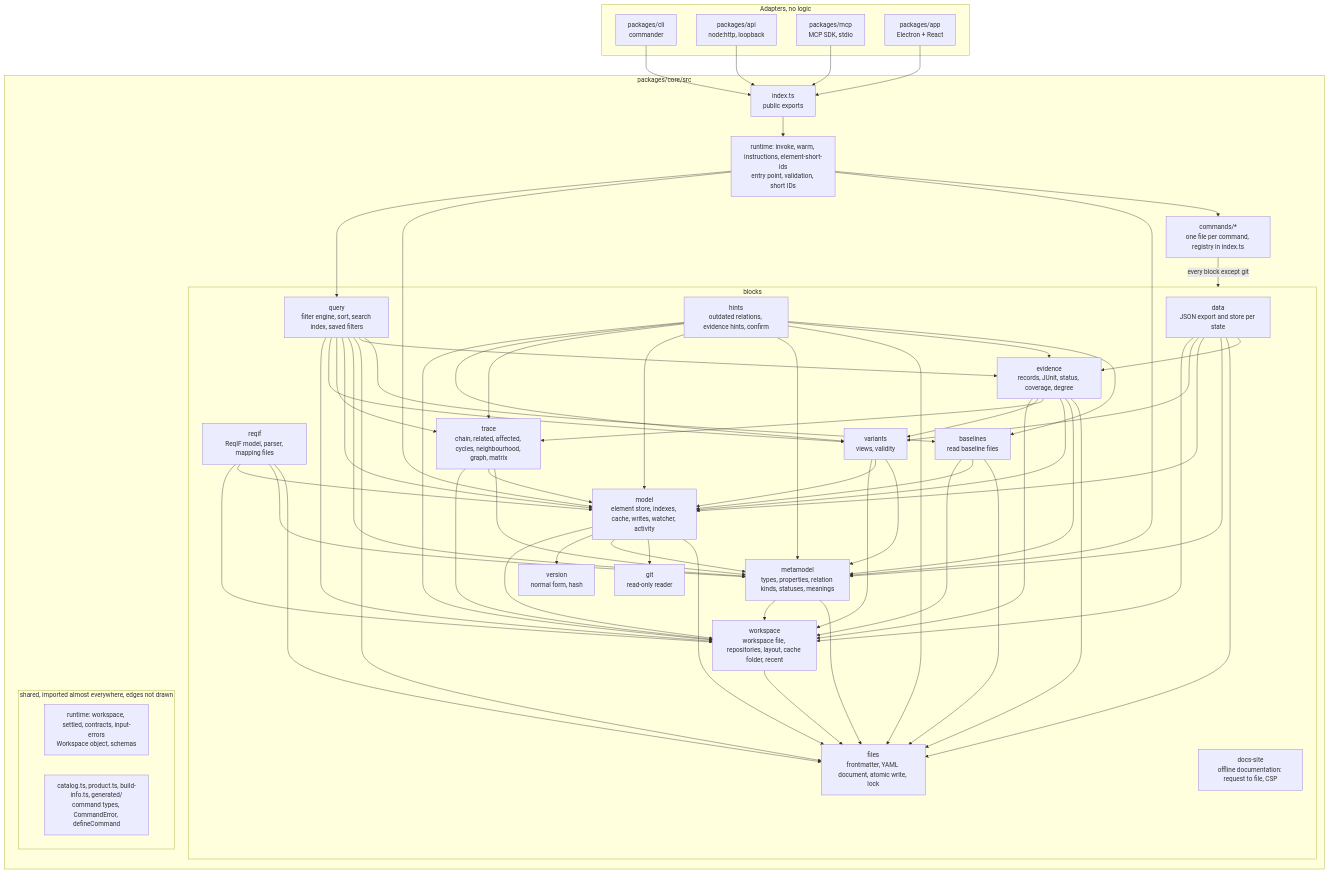
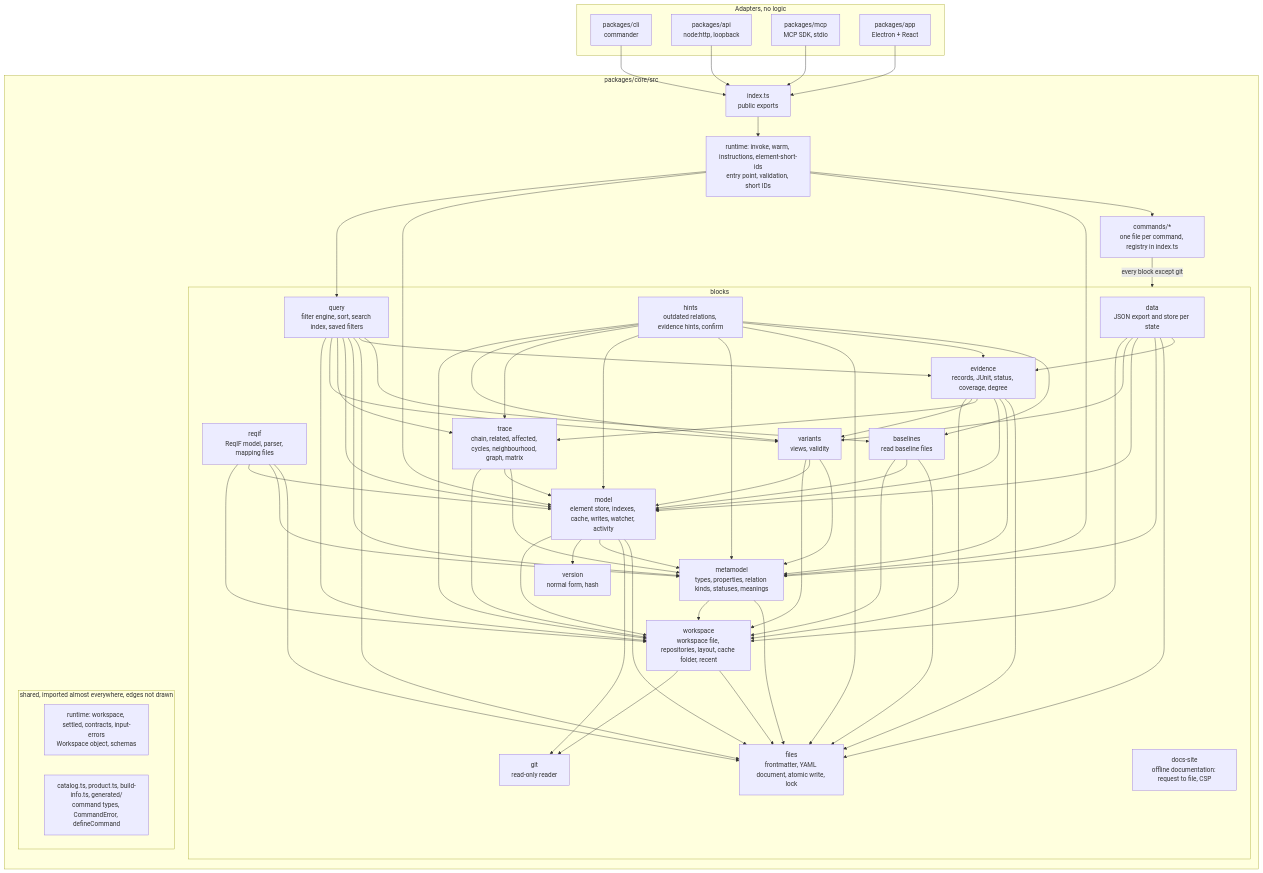
One commit to ThomasBirkmaier/ReqSeq changed the second of 4 diagrams in docs/architecture/README.md. Above: the diagram before and after it, drawn with Mermaid. The commit also changed other lines of this file and 18 other files, not shown here.

````diff
--- a/docs/architecture/README.md
+++ b/docs/architecture/README.md
@@ -86,50 +86,50 @@
 ```mermaid
 flowchart TB
   subgraph adapters[Adapters, no logic]
     cli[packages/cli<br/>commander]
     api[packages/api<br/>node:http, loopback]
     mcp[packages/mcp<br/>MCP SDK, stdio]
     app[packages/app<br/>Electron + React]
   end
   subgraph core[packages/core/src]
     index[index.ts<br/>public exports]
     entry[runtime: invoke, warm, instructions, element-short-ids<br/>entry point, validation, short IDs]
     commands[commands/*<br/>one file per command, registry in index.ts]
     subgraph blocks[blocks]
       data[data<br/>JSON export and store per state]
       reqif[reqif<br/>ReqIF model, parser, mapping files]
       query[query<br/>filter engine, sort, search index, saved filters]
       hints[hints<br/>outdated relations, evidence hints, confirm]
       evidence[evidence<br/>records, JUnit, status, coverage, degree]
       trace[trace<br/>chain, related, affected, cycles, neighbourhood, graph, matrix]
       variants[variants<br/>views, validity]
       baselines[baselines<br/>read baseline files]
       model[model<br/>element store, indexes, cache, writes, watcher, activity]
       mm[metamodel<br/>types, properties, relation kinds, statuses, meanings]
       ws[workspace<br/>workspace file, repositories, layout, cache folder, recent]
       files[files<br/>frontmatter, YAML document, atomic write, lock]
       version[version<br/>normal form, hash]
       git[git<br/>read-only reader]
       docs[docs-site<br/>offline documentation: request to file, CSP]
     end
     subgraph shared[shared, imported almost everywhere, edges not drawn]
       state[runtime: workspace, settled, contracts, input-errors<br/>Workspace object, schemas]
       catalog[catalog.ts, product.ts, build-info.ts, generated/<br/>command types, CommandError, defineCommand]
     end
   end
   cli & api & mcp & app --> index
   index --> entry
   entry --> commands & mm & model & query
   commands -->|every block except git| blocks
   data --> evidence & files & mm & model & variants & ws
   reqif --> files & mm & model & ws
   query --> baselines & evidence & files & mm & model & trace & variants & ws
   hints --> baselines & evidence & files & mm & model & trace & variants & ws
   evidence --> files & mm & model & trace & variants & ws
   trace --> mm & model & ws
   variants --> mm & model & ws
   baselines --> files & model & ws
   model --> files & git & mm & version & ws
   mm --> files & ws
-  ws --> files
+  ws --> files & git
 ```
````
